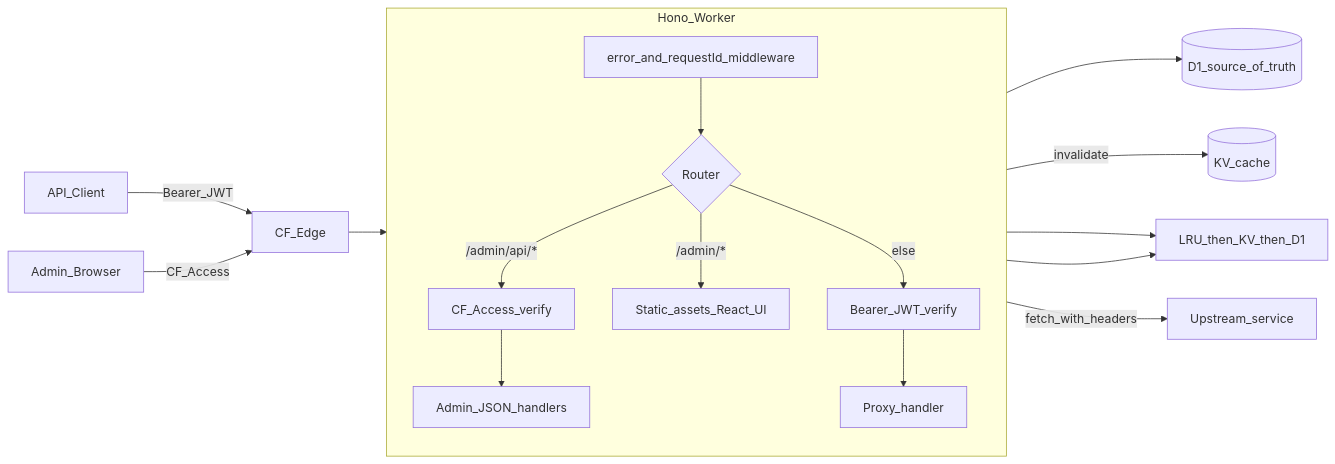
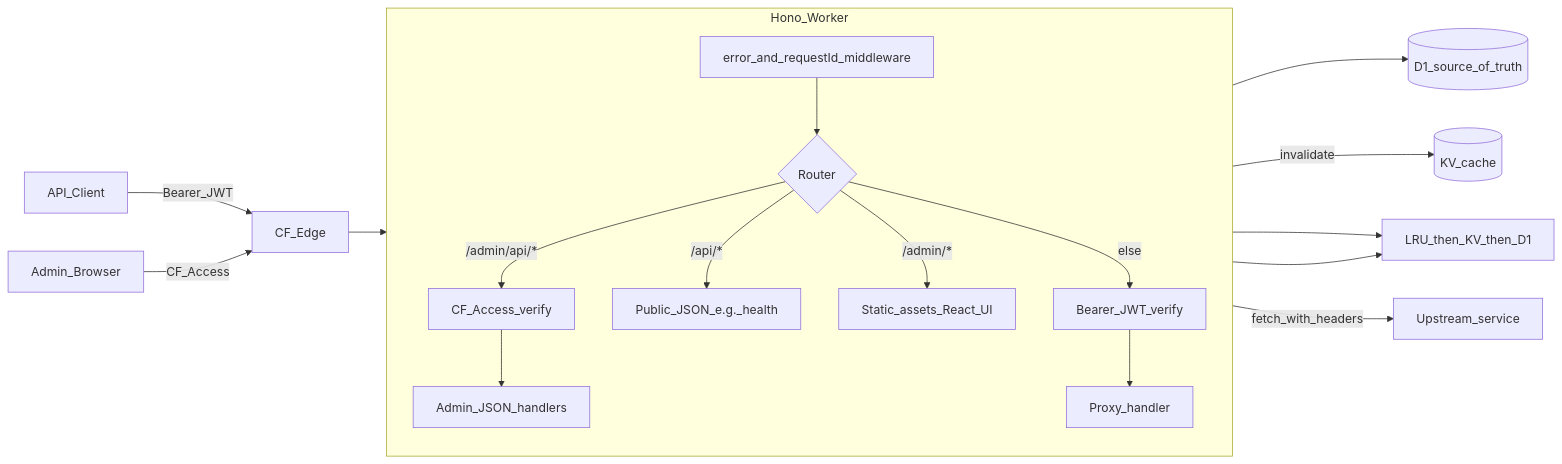
One commit to therj/proxify-cf changed the diagram in prompts/01_setup.md. Above: the diagram before and after it, drawn with Mermaid. The commit also changed other lines of this file and 74 other files, not shown here.

````diff
--- a/prompts/01_setup.md
+++ b/prompts/01_setup.md
@@ -35,20 +35,21 @@
 ```mermaid
 flowchart LR
   Client[API_Client] -->|Bearer_JWT| Edge[CF_Edge]
   Browser[Admin_Browser] -->|CF_Access| Edge
   Edge --> Worker
   subgraph Worker[Hono_Worker]
     direction TB
     Err[error_and_requestId_middleware] --> Router{Router}
     Router -->|"/admin/api/*"| AccessMw[CF_Access_verify]
     AccessMw --> AdminH[Admin_JSON_handlers]
+    Router -->|"/api/*"| PublicAPI[Public_JSON_e.g._health]
     Router -->|"/admin/*"| Assets[Static_assets_React_UI]
     Router -->|else| Auth[Bearer_JWT_verify]
     Auth --> Proxy[Proxy_handler]
   end
   AdminH --> D1[(D1_source_of_truth)]
   AdminH -->|invalidate| KV[(KV_cache)]
   Auth --> Cache[LRU_then_KV_then_D1]
   Proxy --> Cache
   Proxy -->|fetch_with_headers| Upstream[Upstream_service]
 ```
````
